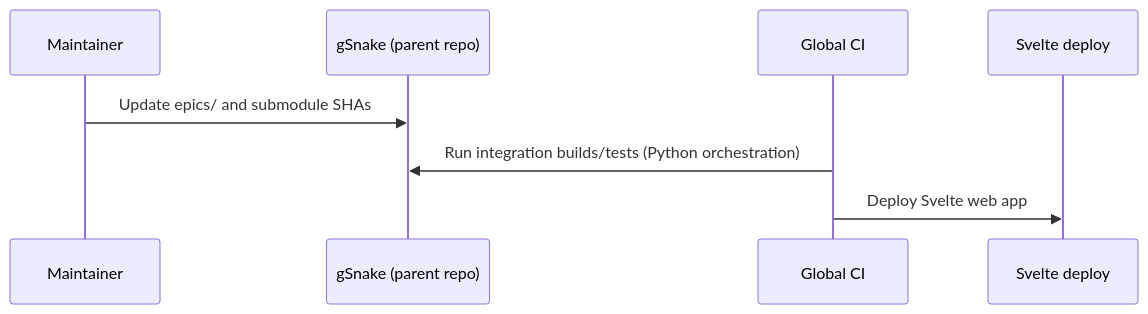
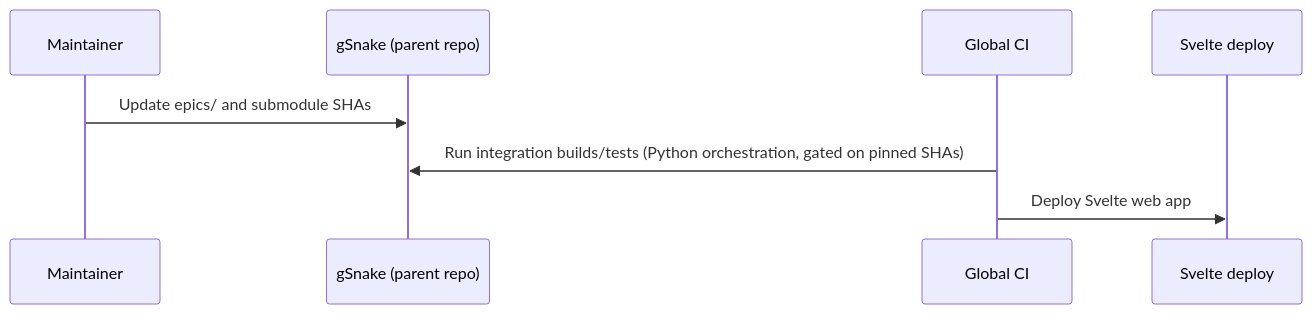
One commit to NNTin/gSnake changed the fifth of 5 diagrams in epics/folder-structure/core-flows.md. Above: the diagram before and after it, drawn with Mermaid. The commit also changed other lines of this file and 2 other files, not shown here.

````diff
--- a/epics/folder-structure/core-flows.md
+++ b/epics/folder-structure/core-flows.md
@@ -141,10 +140,10 @@
 ```mermaid
 sequenceDiagram
   participant Maintainer
   participant Parent as gSnake (parent repo)
   participant CI as Global CI
   participant Web as Svelte deploy
   Maintainer->>Parent: Update epics/ and submodule SHAs
-  CI->>Parent: Run integration builds/tests (Python orchestration)
+  CI->>Parent: Run integration builds/tests (Python orchestration, gated on pinned SHAs)
   CI->>Web: Deploy Svelte web app
 ```
````
